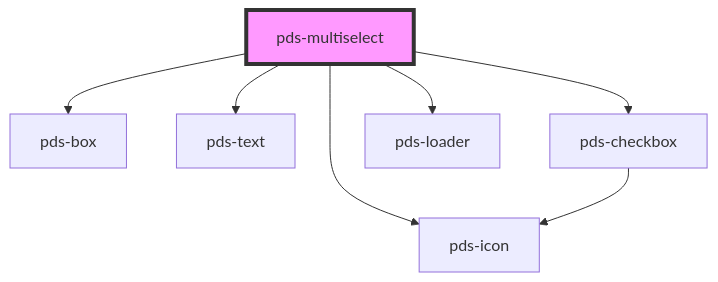
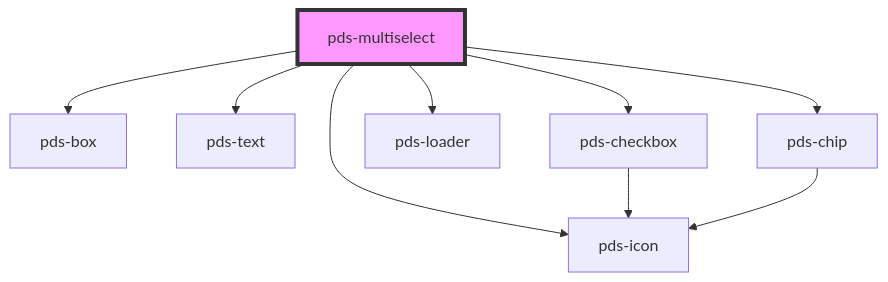
One commit to Kajabi/pine changed the diagram in libs/core/src/components/pds-multiselect/readme.md. Above: the diagram before and after it, drawn with Mermaid. The commit also changed other lines of this file and 7 other files, not shown here.

First line of the commit message:
feat(pds-multiselect): add pills variant (#707)

````diff
--- a/libs/core/src/components/pds-multiselect/readme.md
+++ b/libs/core/src/components/pds-multiselect/readme.md
@@ -114,10 +119,12 @@
 ```mermaid
 graph TD;
   pds-multiselect --> pds-box
   pds-multiselect --> pds-icon
   pds-multiselect --> pds-text
   pds-multiselect --> pds-checkbox
   pds-multiselect --> pds-loader
+  pds-multiselect --> pds-chip
   pds-checkbox --> pds-icon
+  pds-chip --> pds-icon
   style pds-multiselect fill:#f9f,stroke:#333,stroke-width:4px
 ```
````
